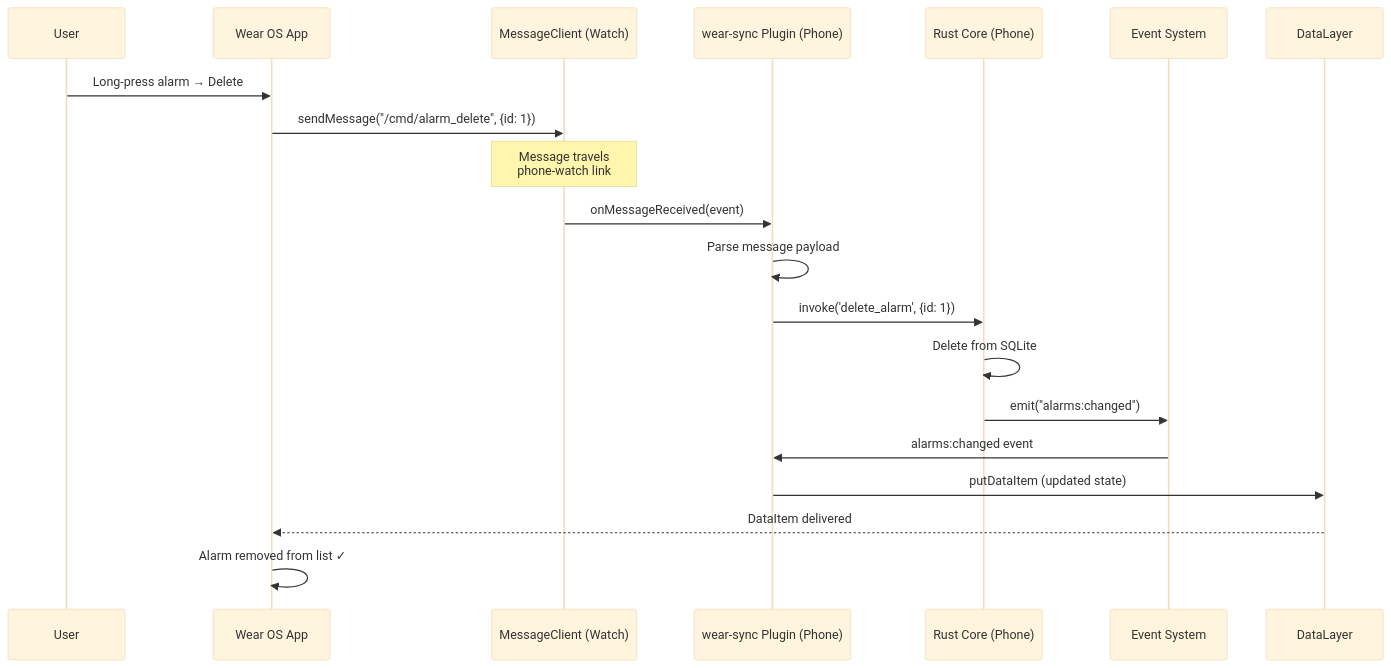
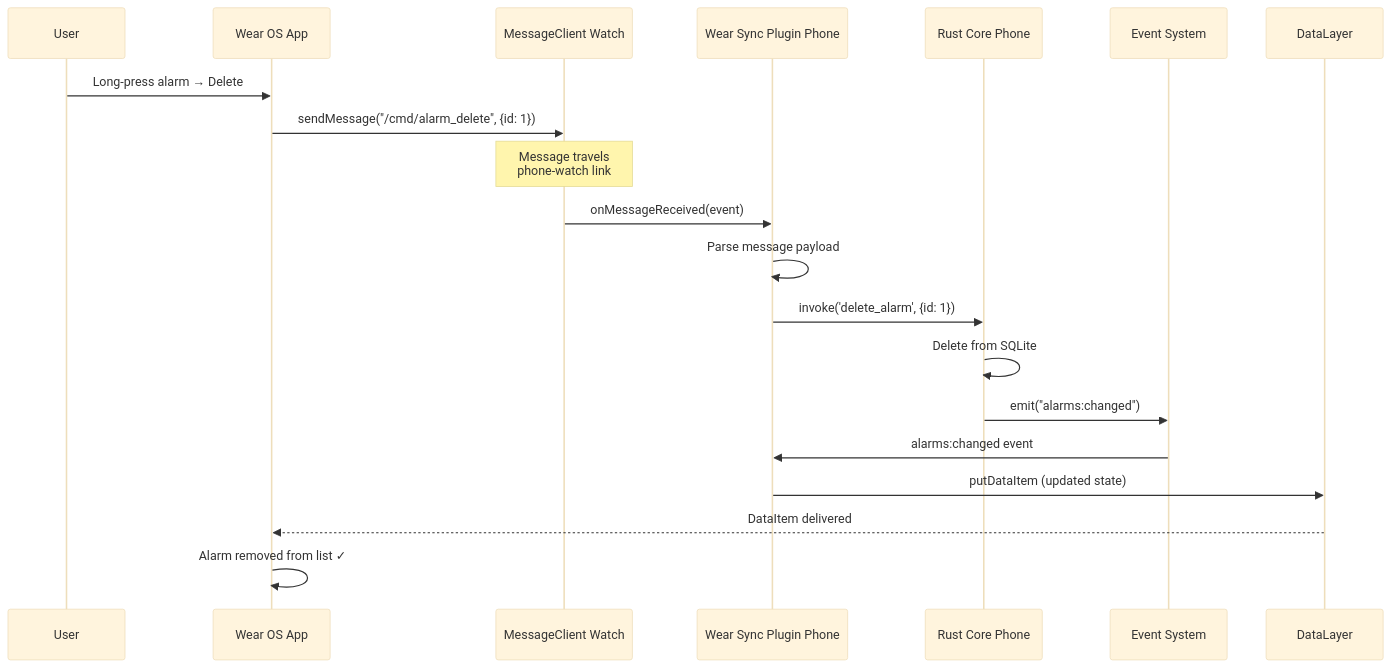
One commit to liminal-hq/threshold changed diagram 15 of 32 in docs/architecture/flow-diagrams.md. Above: the diagram before and after it, drawn with Mermaid (base theme). The commit also changed other lines of this file and 5 other files, not shown here.

First line of the commit message:
feat: add Mermaid diagram linting with CI integration

````diff
--- a/docs/architecture/flow-diagrams.md
+++ b/docs/architecture/flow-diagrams.md
@@ -533,26 +533,26 @@
 ```mermaid
 sequenceDiagram
     participant User
     participant Watch as Wear OS App
-    participant MessageClient as MessageClient (Watch)
-    participant WearSync as wear-sync Plugin (Phone)
-    participant Rust as Rust Core (Phone)
+    participant MessageClient as MessageClient Watch
+    participant WearSync as Wear Sync Plugin Phone
+    participant Rust as Rust Core Phone
     participant Events as Event System
 
     User->>Watch: Long-press alarm → Delete
     Watch->>MessageClient: sendMessage("/cmd/alarm_delete", {id: 1})
     
     Note over MessageClient: Message travels<br/>phone-watch link
     
     MessageClient->>WearSync: onMessageReceived(event)
     WearSync->>WearSync: Parse message payload
     WearSync->>Rust: invoke('delete_alarm', {id: 1})
     
     Rust->>Rust: Delete from SQLite
     Rust->>Events: emit("alarms:changed")
     
     Events->>WearSync: alarms:changed event
     WearSync->>DataLayer: putDataItem (updated state)
     DataLayer-->>Watch: DataItem delivered
     Watch->>Watch: Alarm removed from list ✓
 ```
````
